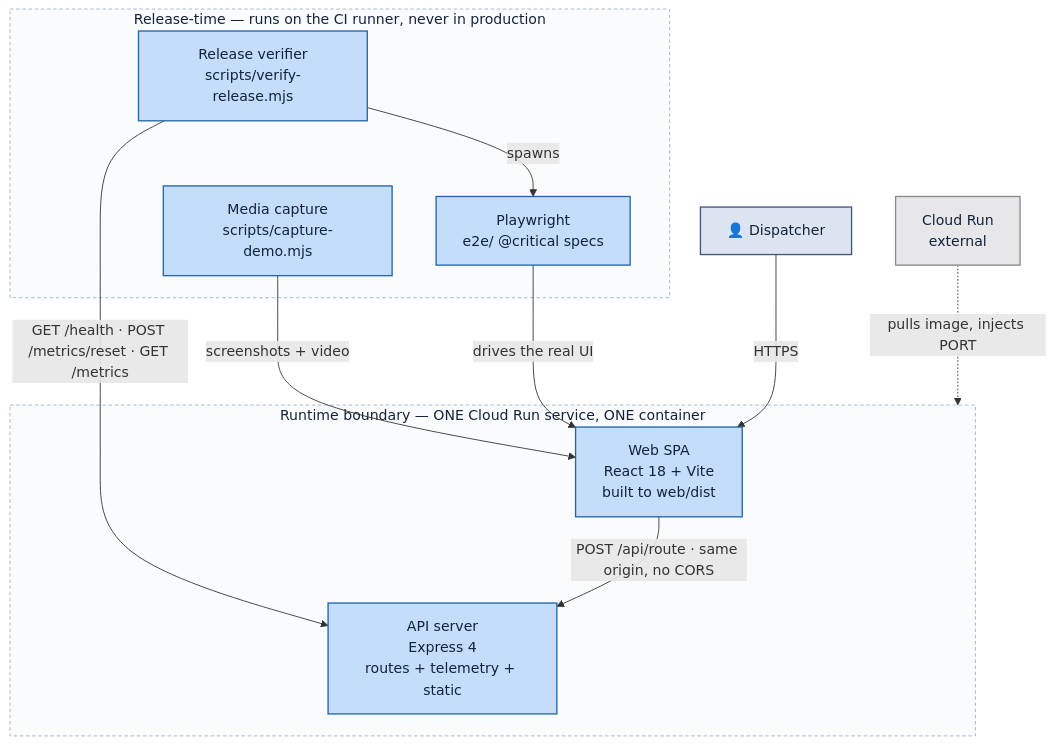
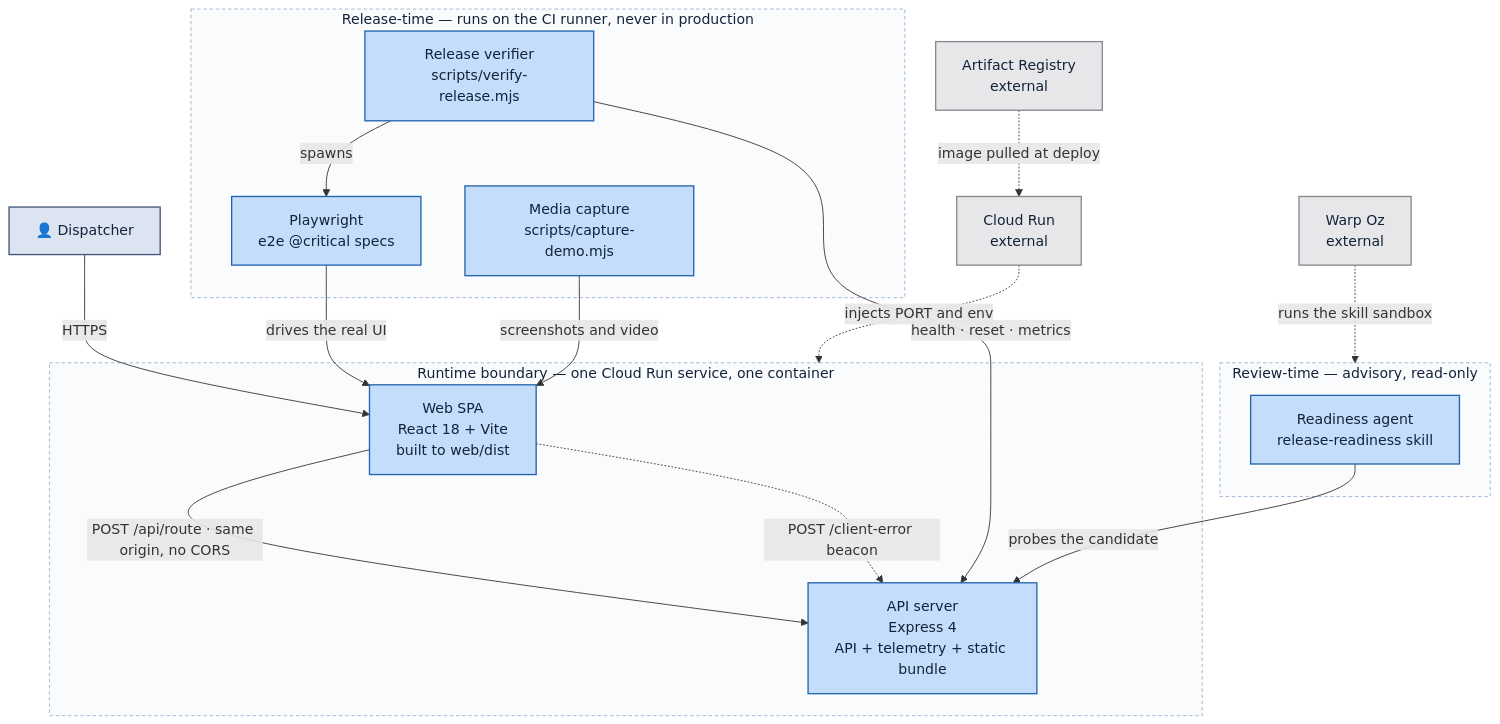
Before and after one commit to TryHarder01/release-agent-demo: the third of 8 diagrams in ARCHITECTURE.md, drawn with Mermaid. The commit also changed other lines of this file, not shown here.

First line of the commit message:
Refresh ARCHITECTURE.md against the live release path

````diff
--- a/ARCHITECTURE.md
+++ b/ARCHITECTURE.md
@@ -119,34 +135,44 @@
 ```mermaid
 flowchart TB
     dispatcher["👤 Dispatcher"]
 
-    subgraph runtime["Runtime boundary — ONE Cloud Run service, ONE container"]
+    subgraph runtime["Runtime boundary — one Cloud Run service, one container"]
         spa["Web SPA\nReact 18 + Vite\nbuilt to web/dist"]
-        api["API server\nExpress 4\nroutes + telemetry + static"]
+        api["API server\nExpress 4\nAPI + telemetry + static bundle"]
     end
 
     subgraph releasetime["Release-time — runs on the CI runner, never in production"]
         verifier["Release verifier\nscripts/verify-release.mjs"]
-        pw["Playwright\ne2e/ @critical specs"]
+        pw["Playwright\ne2e @critical specs"]
         capture["Media capture\nscripts/capture-demo.mjs"]
     end
 
+    subgraph reviewtime["Review-time — advisory, read-only"]
+        agent["Readiness agent\nrelease-readiness skill"]
+    end
+
+    ar["Artifact Registry\nexternal"]
     run["Cloud Run\nexternal"]
+    oz["Warp Oz\nexternal"]
 
     dispatcher -->|"HTTPS"| spa
     spa -->|"POST /api/route · same origin, no CORS"| api
-    verifier -->|"GET /health · POST /metrics/reset · GET /metrics"| api
+    spa -.->|"POST /client-error beacon"| api
+    verifier -->|"health · reset · metrics"| api
     verifier -->|"spawns"| pw
     pw -->|"drives the real UI"| spa
-    capture -->|"screenshots + video"| spa
-    run -.->|"pulls image, injects PORT"| runtime
+    capture -->|"screenshots and video"| spa
+    agent -->|"probes the candidate"| api
+    ar -.->|"image pulled at deploy"| run
+    run -.->|"injects PORT and env"| runtime
+    oz -.->|"runs the skill sandbox"| reviewtime
 
     classDef actor    fill:#dbe4f0,stroke:#41567a,stroke-width:1.5px,color:#12233b
     classDef owned    fill:#c3ddfb,stroke:#2264ab,stroke-width:1.5px,color:#12233b
     classDef external fill:#e7e7ea,stroke:#87878f,stroke-width:1.5px,color:#12233b
     classDef boundary fill:#fafbfd,stroke:#9db2cd,stroke-width:1px,stroke-dasharray:4 3,color:#12233b
     class dispatcher actor
-    class spa,api,verifier,pw,capture owned
-    class run external
-    class runtime,releasetime boundary
+    class spa,api,verifier,pw,capture,agent owned
+    class ar,run,oz external
+    class runtime,releasetime,reviewtime boundary
 ```
````
